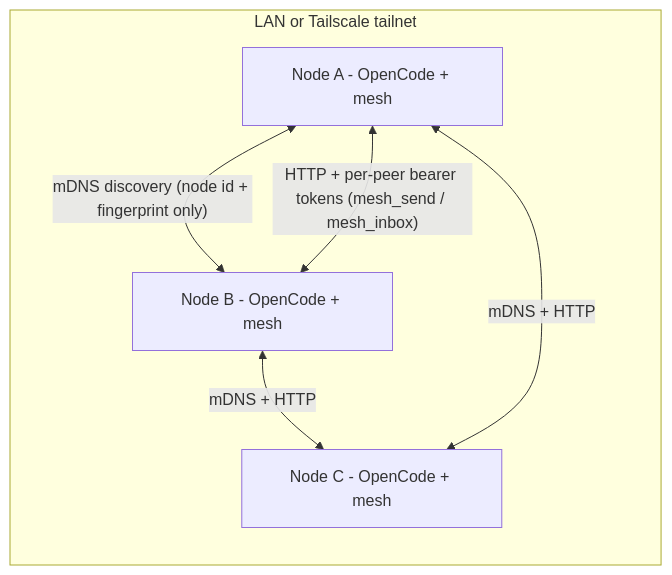
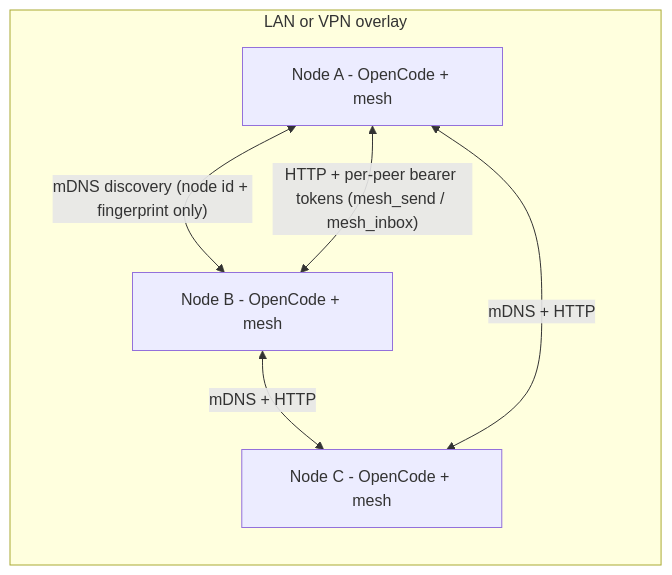
One commit to log0u7/opencode-mesh changed the first of 3 diagrams in README.md. Above: the diagram before and after it, drawn with Mermaid. The commit also changed other lines of this file, not shown here.

Commit message:
docs: VPN overlay wording, current install pin, generic examples

````diff
--- a/README.md
+++ b/README.md
@@ -21,12 +21,12 @@
 ```mermaid
 flowchart LR
-    subgraph lan["LAN or Tailscale tailnet"]
+    subgraph lan["LAN or VPN overlay"]
         N1["Node A - OpenCode + mesh"]
         N2["Node B - OpenCode + mesh"]
         N3["Node C - OpenCode + mesh"]
     end
     N1 <-- "mDNS discovery (node id + fingerprint only)" --> N2
     N1 <-- "HTTP + per-peer bearer tokens (mesh_send / mesh_inbox)" --> N2
     N2 <-- "mDNS + HTTP" --> N3
     N1 <-- "mDNS + HTTP" --> N3
 ```
````
